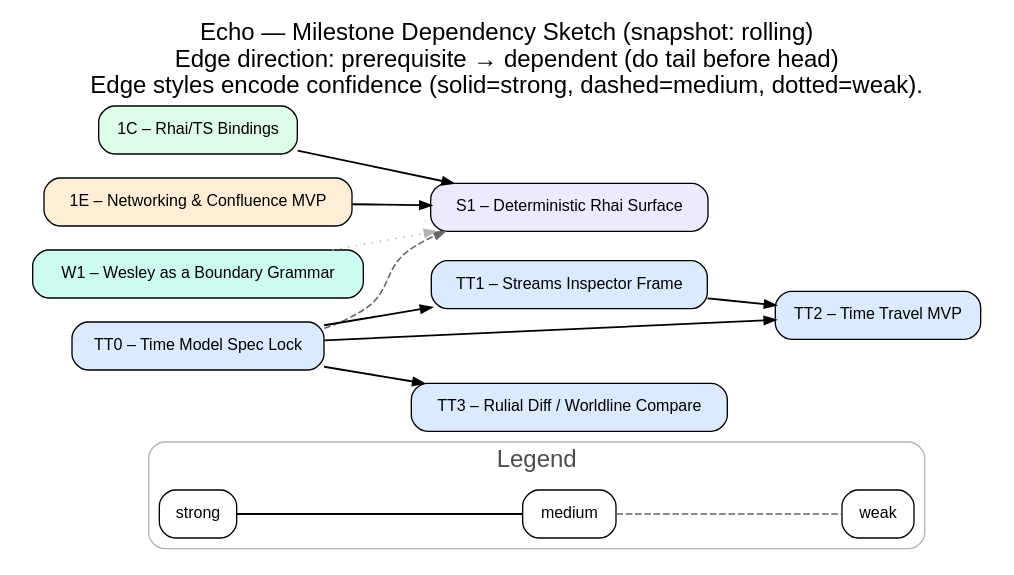
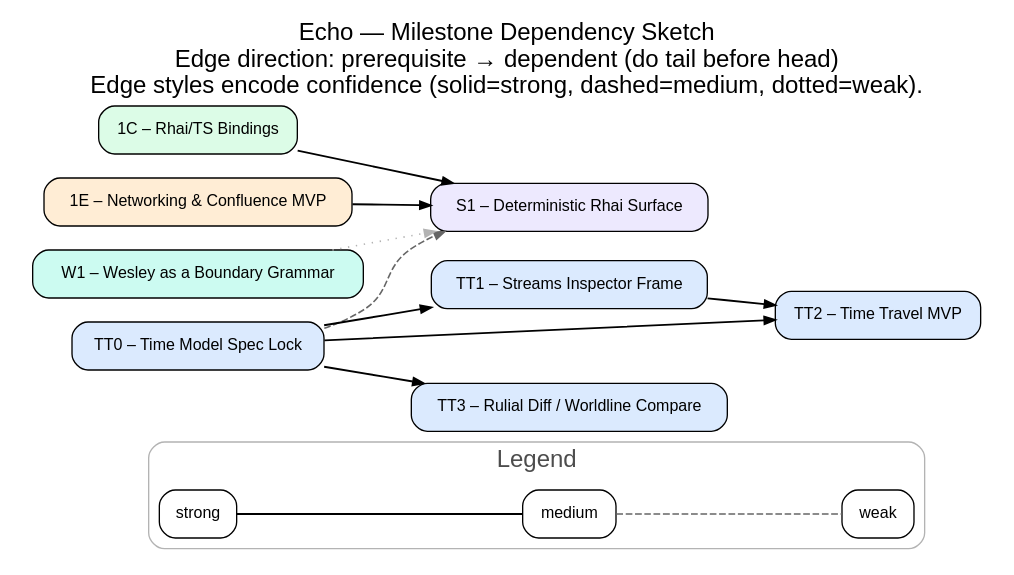
The diagram in docs/assets/dags/milestone-deps.dot (flyingrobots/echo), drawn with Graphviz before and after one commit. The commit also changed 7 other files, not shown here.

First line of the commit message:
feat: overlay reality on plan dependency graph

```diff
--- a/docs/assets/dags/milestone-deps.dot
+++ b/docs/assets/dags/milestone-deps.dot
@@ -1,38 +1,38 @@
 // SPDX-License-Identifier: Apache-2.0
 // © James Ross Ω FLYING•ROBOTS <https://github.com/flyingrobots>
 digraph echo_milestone_dependencies {
   graph [rankdir=LR, labelloc="t", fontsize=18, fontname="Helvetica", splines=true];
   node  [shape=box, style="rounded,filled", fontname="Helvetica", fontsize=12, margin="0.14,0.10"];
   edge  [fontname="Helvetica", fontsize=10, arrowsize=0.8];
-  label="Echo — Milestone Dependency Sketch (snapshot: rolling)\nEdge direction: prerequisite → dependent (do tail before head)\nEdge styles encode confidence (solid=strong, dashed=medium, dotted=weak).";
+  label="Echo — Milestone Dependency Sketch\nEdge direction: prerequisite → dependent (do tail before head)\nEdge styles encode confidence (solid=strong, dashed=medium, dotted=weak).";
 
   subgraph cluster_legend {
     label="Legend";
     color="gray70";
     fontcolor="gray30";
     style="rounded";
     L1 [label="strong", fillcolor="#ffffff"];
     L2 [label="medium", fillcolor="#ffffff"];
     L3 [label="weak", fillcolor="#ffffff"];
     L1 -> L2 [arrowhead=none, color="black", penwidth=1.4, style="solid"];
     L2 -> L3 [arrowhead=none, color="gray40", penwidth=1.2, style="dashed"];
   }
 
-  m1C [label="1C – Rhai/TS Bindings", fillcolor="#dcfce7", tooltip="1C – Rhai/TS Bindings", URL="https://api.github.com/repos/flyingrobots/echo/milestones/3"];
-  m1E [label="1E – Networking & Confluence MVP", fillcolor="#ffedd5", tooltip="1E – Networking & Confluence MVP", URL="https://api.github.com/repos/flyingrobots/echo/milestones/5"];
-  mS1 [label="S1 – Deterministic Rhai Surface", fillcolor="#ede9fe", tooltip="S1 – Deterministic Rhai Surface", URL="https://api.github.com/repos/flyingrobots/echo/milestones/18"];
-  mTT0 [label="TT0 – Time Model Spec Lock", fillcolor="#dbeafe", tooltip="TT0 – Time Model Spec Lock", URL="https://api.github.com/repos/flyingrobots/echo/milestones/21"];
-  mTT1 [label="TT1 – Streams Inspector Frame", fillcolor="#dbeafe", tooltip="TT1 – Streams Inspector Frame", URL="https://api.github.com/repos/flyingrobots/echo/milestones/15"];
-  mTT2 [label="TT2 – Time Travel MVP", fillcolor="#dbeafe", tooltip="TT2 – Time Travel MVP", URL="https://api.github.com/repos/flyingrobots/echo/milestones/16"];
-  mTT3 [label="TT3 – Rulial Diff / Worldline Compare", fillcolor="#dbeafe", tooltip="TT3 – Rulial Diff / Worldline Compare", URL="https://api.github.com/repos/flyingrobots/echo/milestones/17"];
-  mW1 [label="W1 – Wesley as a Boundary Grammar", fillcolor="#ccfbf1", tooltip="W1 – Wesley as a Boundary Grammar", URL="https://api.github.com/repos/flyingrobots/echo/milestones/19"];
+  m1C [label="1C – Rhai/TS Bindings", fillcolor="#dcfce7", tooltip="1C – Rhai/TS Bindings", URL="https://github.com/flyingrobots/echo/milestone/3"];
+  m1E [label="1E – Networking & Confluence MVP", fillcolor="#ffedd5", tooltip="1E – Networking & Confluence MVP", URL="https://github.com/flyingrobots/echo/milestone/5"];
+  mS1 [label="S1 – Deterministic Rhai Surface", fillcolor="#ede9fe", tooltip="S1 – Deterministic Rhai Surface", URL="https://github.com/flyingrobots/echo/milestone/18"];
+  mTT0 [label="TT0 – Time Model Spec Lock", fillcolor="#dbeafe", tooltip="TT0 – Time Model Spec Lock", URL="https://github.com/flyingrobots/echo/milestone/21"];
+  mTT1 [label="TT1 – Streams Inspector Frame", fillcolor="#dbeafe", tooltip="TT1 – Streams Inspector Frame", URL="https://github.com/flyingrobots/echo/milestone/15"];
+  mTT2 [label="TT2 – Time Travel MVP", fillcolor="#dbeafe", tooltip="TT2 – Time Travel MVP", URL="https://github.com/flyingrobots/echo/milestone/16"];
+  mTT3 [label="TT3 – Rulial Diff / Worldline Compare", fillcolor="#dbeafe", tooltip="TT3 – Rulial Diff / Worldline Compare", URL="https://github.com/flyingrobots/echo/milestone/17"];
+  mW1 [label="W1 – Wesley as a Boundary Grammar", fillcolor="#ccfbf1", tooltip="W1 – Wesley as a Boundary Grammar", URL="https://github.com/flyingrobots/echo/milestone/19"];
 
   mTT0 -> mTT1 [color="black", penwidth=1.4, style="solid", tooltip="time model unlocks inspector frame"];
   mTT0 -> mTT2 [color="black", penwidth=1.4, style="solid", tooltip="time model unlocks time travel MVP"];
   mTT1 -> mTT2 [color="black", penwidth=1.4, style="solid", tooltip="inspector frame supports time travel UX"];
   mTT0 -> mTT3 [color="black", penwidth=1.4, style="solid", tooltip="time model unlocks worldline compare"];
   m1C -> mS1 [color="black", penwidth=1.4, style="solid", tooltip="bindings needed for deterministic Rhai"];
   m1E -> mS1 [color="black", penwidth=1.4, style="solid", tooltip="security contexts constrain sandbox"];
   mTT0 -> mS1 [color="gray40", penwidth=1.2, style="dashed", tooltip="deterministic time model likely needed"];
   mW1 -> mS1 [color="gray70", penwidth=1.2, style="dotted", tooltip="boundary grammar maybe needed"];
 }
```
